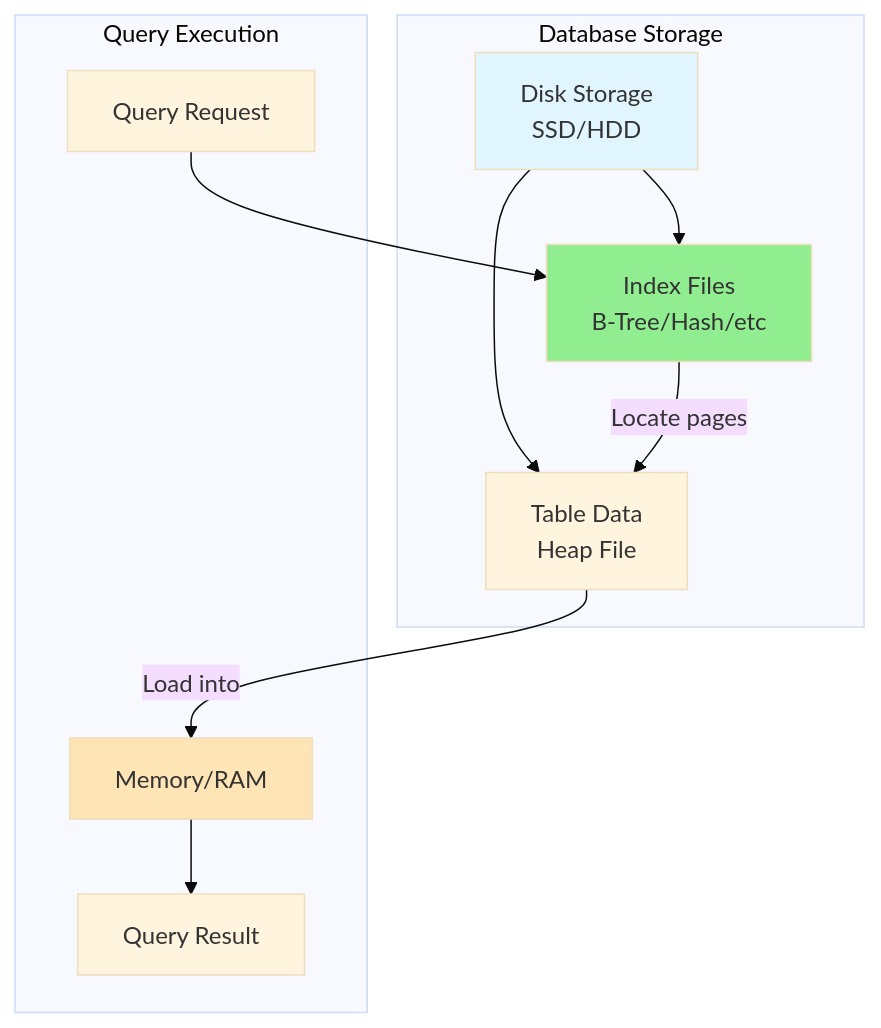
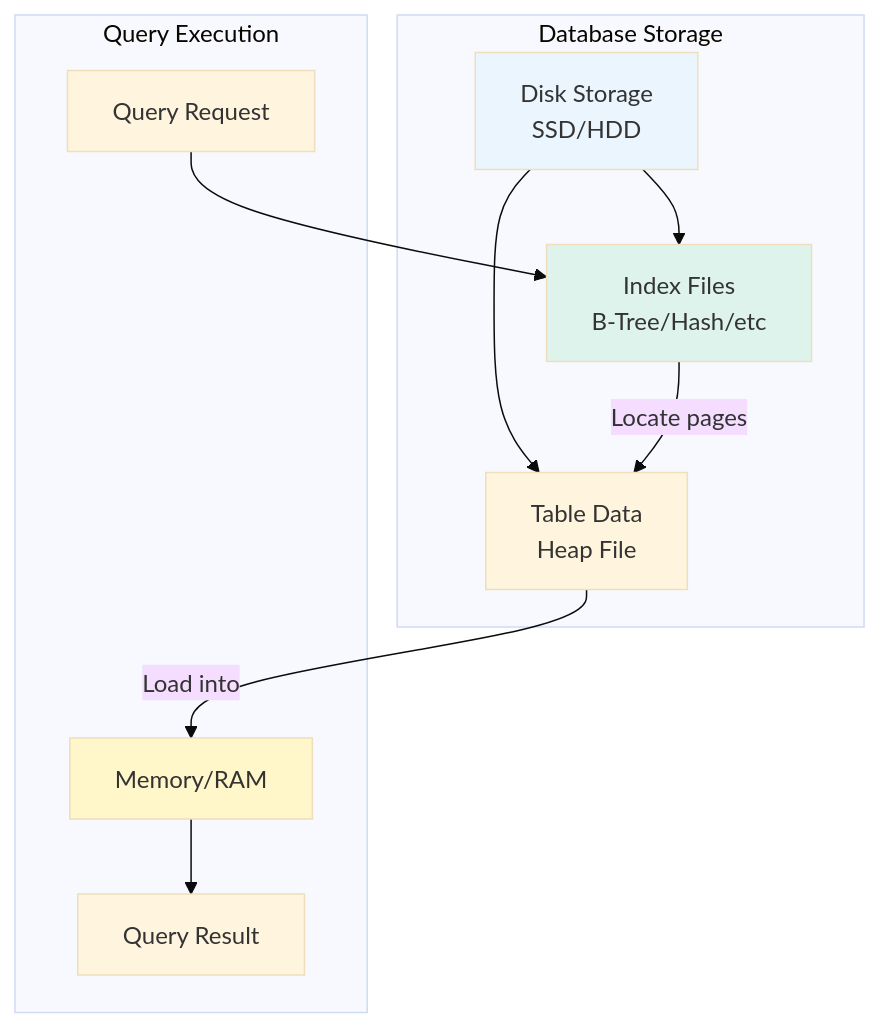
The third of 34 diagrams in LLD/CoreConcepts/DataIndexing.md (cartmancodes/InterviewVault), drawn with Mermaid (base theme) before and after one commit. The commit also changed other lines of this file and 679 other files, not shown here.

Commit message:
Unify content diagrams and add accessible visual walkthroughs

````diff
--- a/LLD/CoreConcepts/DataIndexing.md
+++ b/LLD/CoreConcepts/DataIndexing.md
@@ -89,26 +89,26 @@
 ```mermaid
 graph TB
     subgraph "Database Storage"
         DISK[Disk Storage<br/>SSD/HDD]
         TABLE[Table Data<br/>Heap File]
         INDEX[Index Files<br/>B-Tree/Hash/etc]
         
         DISK --> TABLE
         DISK --> INDEX
     end
     
     subgraph "Query Execution"
         QUERY[Query Request]
         MEM[Memory/RAM]
         RESULT[Query Result]
         
         QUERY --> INDEX
         INDEX -->|Locate pages| TABLE
         TABLE -->|Load into| MEM
         MEM --> RESULT
     end
     
-    style DISK fill:#e1f5ff
-    style INDEX fill:#90EE90
-    style MEM fill:#FFE4B5
+    style DISK fill:#EAF5FD
+    style INDEX fill:#DDF3EC
+    style MEM fill:#FFF6C9
 ```
````
